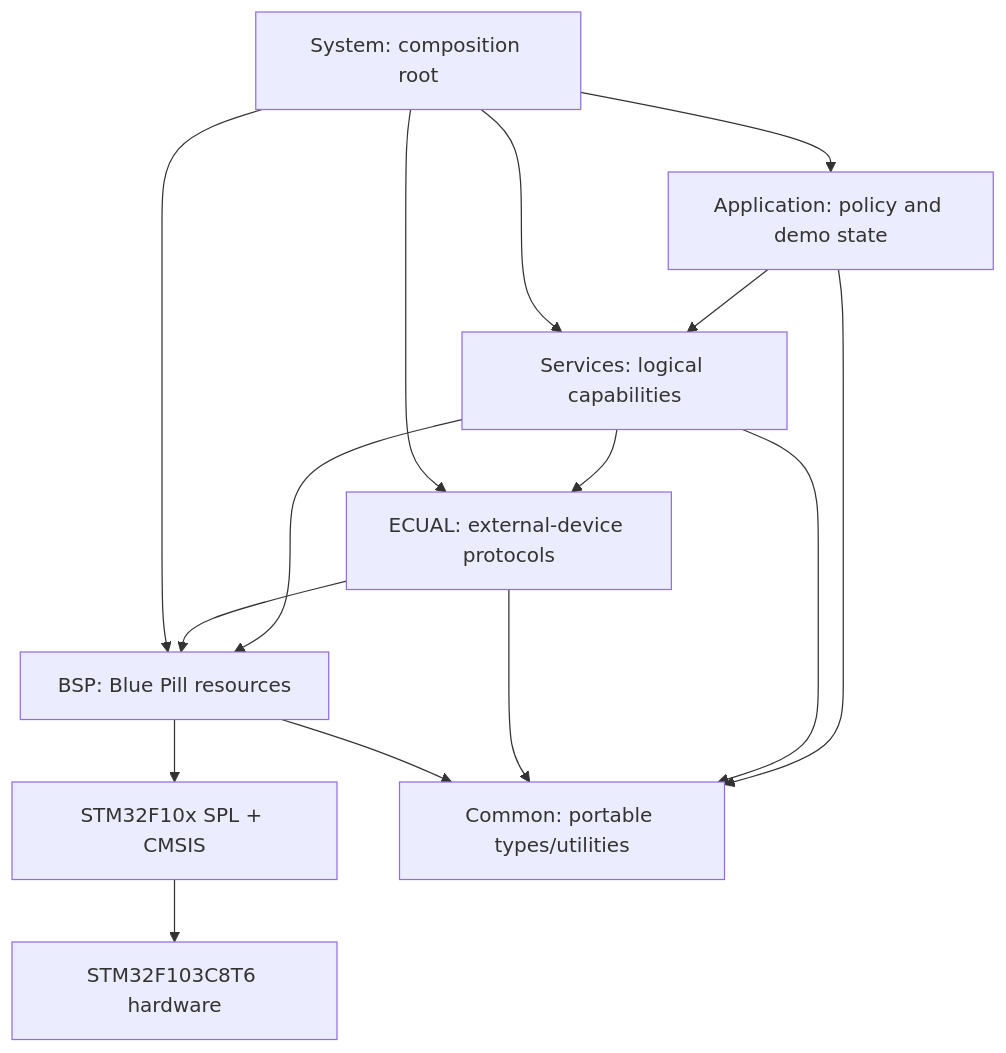
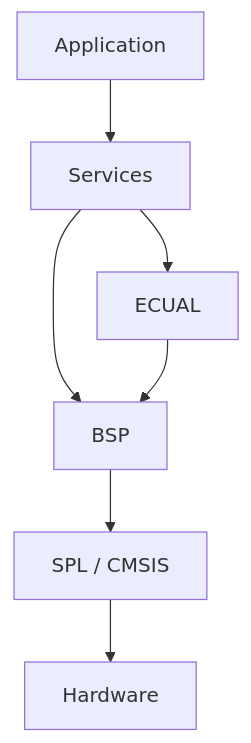
Before and after one commit to haikevins/stm32f1-spl-procedural-baremetal: the first of 2 diagrams in README.md, drawn with Mermaid. The commit also changed other lines of this file, not shown here.

````diff
--- a/README.md
+++ b/README.md
@@ -97,17 +88,9 @@
 ```mermaid
-flowchart TD
-    APP["Application: policy and demo state"] --> SVC["Services: logical capabilities"]
-    SVC --> BSP["BSP: Blue Pill resources"]
-    SVC --> ECUAL["ECUAL: external-device protocols"]
+flowchart TB
+    APP["Application"] --> SVC["Services"]
+    SVC --> BSP["BSP"]
+    SVC --> ECUAL["ECUAL"]
     ECUAL --> BSP
-    BSP --> VENDOR["STM32F10x SPL + CMSIS"]
-    VENDOR --> HW["STM32F103C8T6 hardware"]
-    APP --> COMMON["Common: portable types/utilities"]
-    SVC --> COMMON
-    ECUAL --> COMMON
-    BSP --> COMMON
-    SYSTEM["System: composition root"] --> APP
-    SYSTEM --> SVC
-    SYSTEM --> BSP
-    SYSTEM --> ECUAL
+    BSP --> VENDOR["SPL / CMSIS"]
+    VENDOR --> HW["Hardware"]
 ```
````
